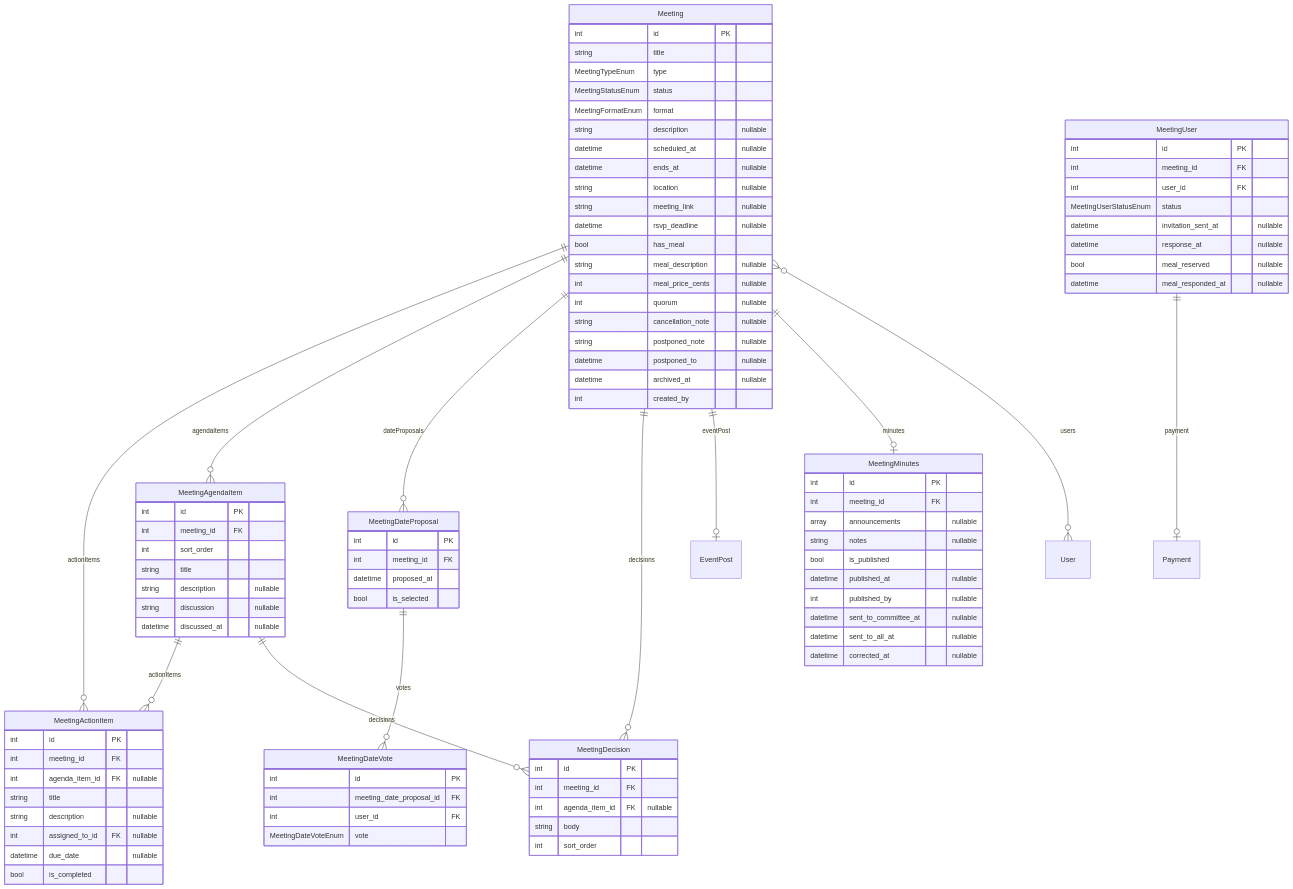
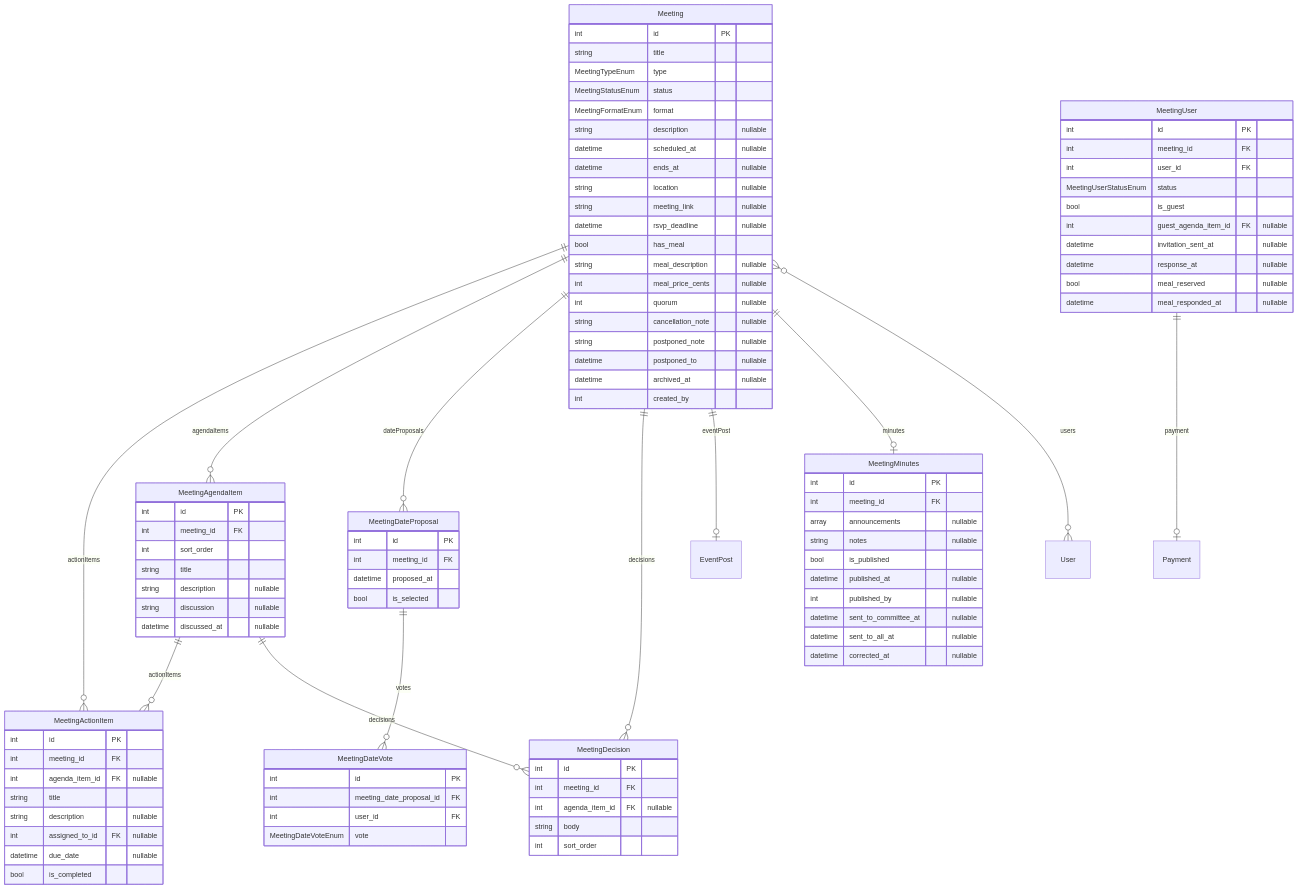
Before and after one commit to Paupoo/tabletennisclub-app: the diagram in docs/erd/meetings.md, drawn with Mermaid. The commit also changed 26 other files, not shown here.

```diff
--- a/docs/erd/meetings.md
+++ b/docs/erd/meetings.md
@@ -79,6 +79,8 @@
         int meeting_id FK
         int user_id FK
         MeetingUserStatusEnum status
+        bool is_guest
+        int guest_agenda_item_id FK "nullable"
         datetime invitation_sent_at "nullable"
         datetime response_at "nullable"
         bool meal_reserved "nullable"
```
